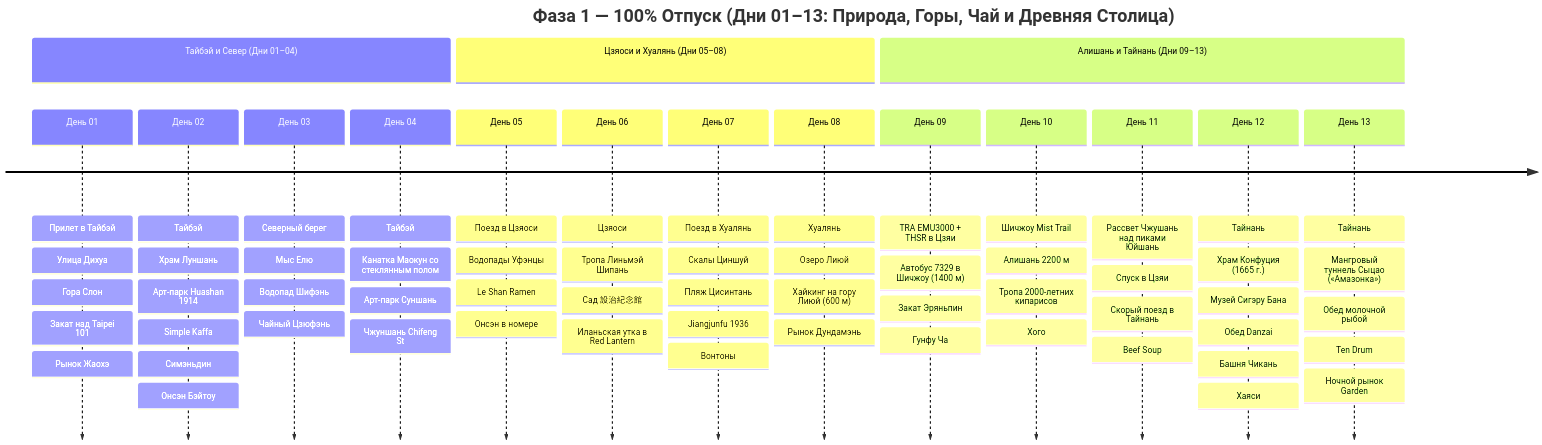
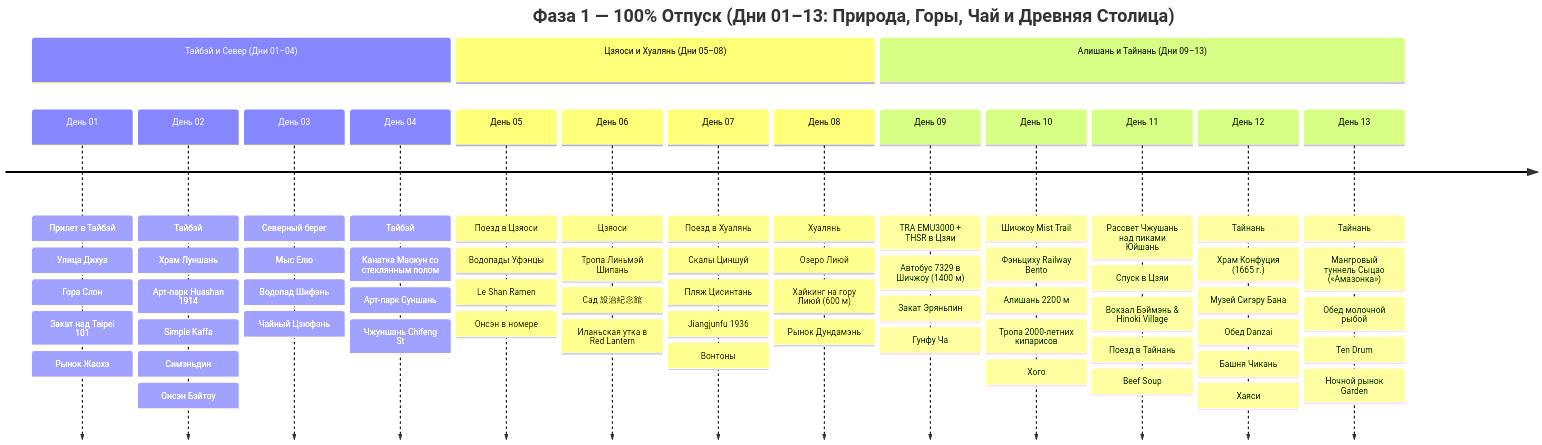
The first of 2 diagrams in Personal Note/Travel/-- Taiwan/Taiwan.md (injurka/obsidian-mark), drawn with Mermaid before and after one commit. The commit also changed other lines of this file and 20 other files, not shown here.

````diff
--- a/Personal Note/Travel/-- Taiwan/Taiwan.md
+++ b/Personal Note/Travel/-- Taiwan/Taiwan.md
@@ -16,20 +16,20 @@
 ```mermaid
 timeline
     title Фаза 1 — 100% Отпуск (Дни 01–13: Природа, Горы, Чай и Древняя Столица)
     section Тайбэй и Север (Дни 01–04)
         День 01 : Прилет в Тайбэй : Улица Дихуа : Гора Слон : Закат над Taipei 101 : Рынок Жаохэ
         День 02 : Тайбэй : Храм Луншань : Арт-парк Huashan 1914 : Simple Kaffa : Симэньдин : Онсэн Бэйтоу
         День 03 : Северный берег : Мыс Елю : Водопад Шифэнь : Чайный Цзюфэнь
         День 04 : Тайбэй : Канатка Маокун со стеклянным полом : Арт-парк Суншань : Чжуншань Chifeng St
     section Цзяоси и Хуалянь (Дни 05–08)
         День 05 : Поезд в Цзяоси : Водопады Уфэнцы : Le Shan Ramen : Онсэн в номере
         День 06 : Цзяоси : Тропа Линьмэй Шипань : Сад 設治紀念館 : Иланьская утка в Red Lantern
         День 07 : Поезд в Хуалянь : Скалы Циншуй : Пляж Цисинтань : Jiangjunfu 1936 : Вонтоны
         День 08 : Хуалянь : Озеро Лиюй : Хайкинг на гору Лиюй (600 м) : Рынок Дундамэнь
     section Алишань и Тайнань (Дни 09–13)
         День 09 : TRA EMU3000 + THSR в Цзяи : Автобус 7329 в Шичжоу (1400 м) : Закат Эряньпин : Гунфу Ча
-        День 10 : Шичжоу Mist Trail : Алишань 2200 м : Тропа 2000-летних кипарисов : Хого
-        День 11 : Рассвет Чжушань над пиками Юйшань : Спуск в Цзяи : Скорый поезд в Тайнань : Beef Soup
+        День 10 : Шичжоу Mist Trail : Фэньциху Railway Bento : Алишань 2200 м : Тропа 2000-летних кипарисов : Хого
+        День 11 : Рассвет Чжушань над пиками Юйшань : Спуск в Цзяи : Вокзал Бэймэнь & Hinoki Village : Поезд в Тайнань : Beef Soup
         День 12 : Тайнань : Храм Конфуция (1665 г.) : Музей Сигэру Бана : Обед Danzai : Башня Чикань : Хаяси
         День 13 : Тайнань : Мангровый туннель Сыцао («Амазонка») : Обед молочной рыбой : Ten Drum : Ночной рынок Garden
 ```
````
